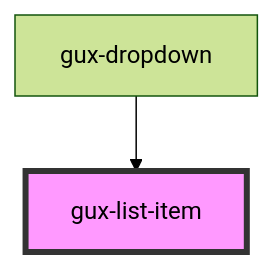
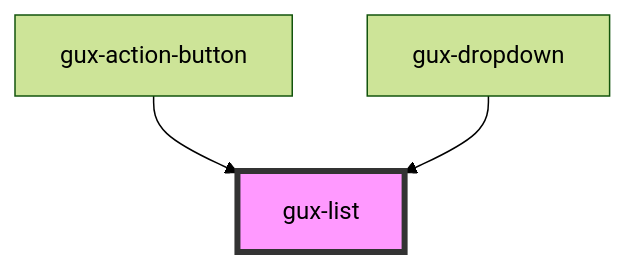
The diagram in src/components/global/gux-list/readme.md (MyPureCloud/genesys-spark), drawn with Mermaid (forest theme) before and after one commit. The commit also changed other lines of this file and 21 other files, not shown here.

````diff
--- a/src/components/global/gux-list/readme.md
+++ b/src/components/global/gux-list/readme.md
@@ -30,5 +53,6 @@
 ```mermaid
 graph TD;
-  gux-dropdown --> gux-list-item
-  style gux-list-item fill:#f9f,stroke:#333,stroke-width:4px
+  gux-action-button --> gux-list
+  gux-dropdown --> gux-list
+  style gux-list fill:#f9f,stroke:#333,stroke-width:4px
 ```
````
